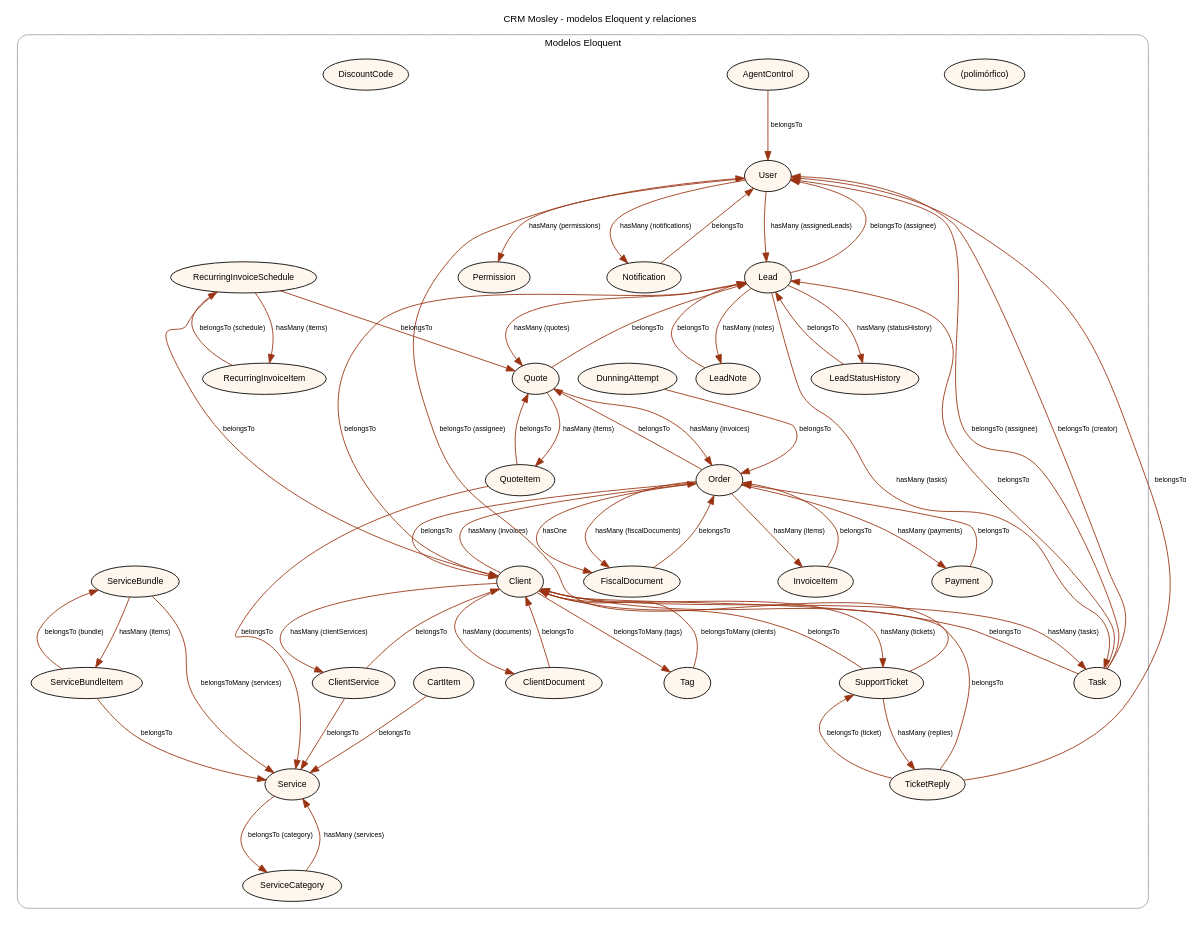
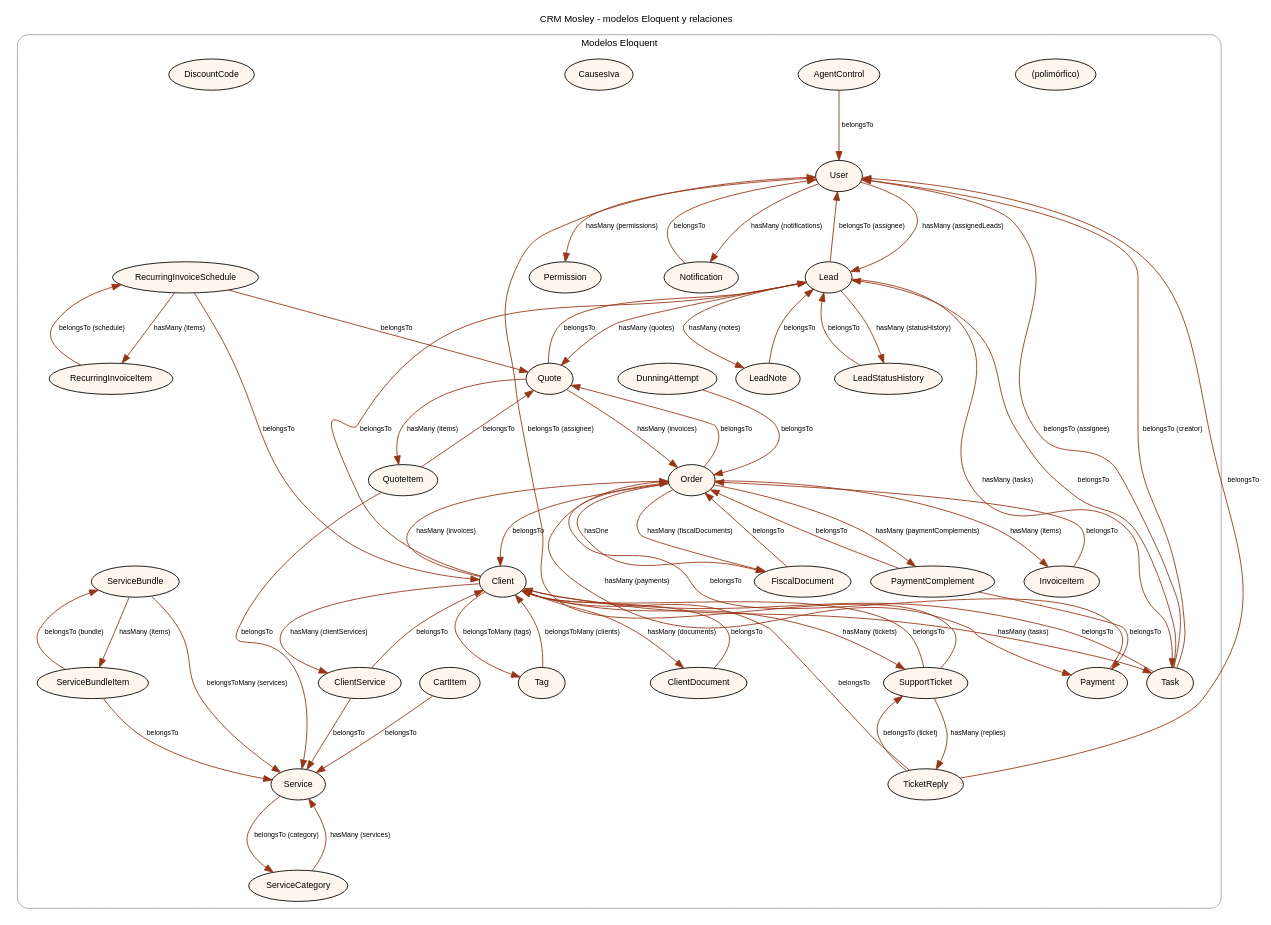
Before and after one commit to Enmamosley/crm: the diagram in docs/graph/crm-models.dot, drawn with Graphviz. The commit also changed 17 other files, not shown here.

```diff
--- a/docs/graph/crm-models.dot
+++ b/docs/graph/crm-models.dot
@@ -1,101 +1,106 @@
 // Generado por scripts/build-graph.php — no editar a mano
 digraph crm {
   rankdir=TB; splines=true; overlap=false; nodesep=0.3; ranksep=1.0;
   graph [fontname="Helvetica" fontsize=11 labelloc=t label="CRM Mosley - modelos Eloquent y relaciones"];
   node  [fontname="Helvetica" fontsize=10 style=filled];
   edge  [fontname="Helvetica" fontsize=9];
 
   subgraph cluster_0 {
     label="Modelos Eloquent"; style=rounded; color="#9ca3af";
     "model:User" [label="User" shape=ellipse fillcolor="#fff7ed"];
     "model:*polymorphic" [label="(polimórfico)" shape=ellipse fillcolor="#fff7ed"];
     "model:AgentControl" [label="AgentControl" shape=ellipse fillcolor="#fff7ed"];
     "model:CartItem" [label="CartItem" shape=ellipse fillcolor="#fff7ed"];
     "model:Service" [label="Service" shape=ellipse fillcolor="#fff7ed"];
     "model:Client" [label="Client" shape=ellipse fillcolor="#fff7ed"];
     "model:Lead" [label="Lead" shape=ellipse fillcolor="#fff7ed"];
     "model:Order" [label="Order" shape=ellipse fillcolor="#fff7ed"];
     "model:ClientService" [label="ClientService" shape=ellipse fillcolor="#fff7ed"];
     "model:ClientDocument" [label="ClientDocument" shape=ellipse fillcolor="#fff7ed"];
     "model:Tag" [label="Tag" shape=ellipse fillcolor="#fff7ed"];
     "model:SupportTicket" [label="SupportTicket" shape=ellipse fillcolor="#fff7ed"];
     "model:Task" [label="Task" shape=ellipse fillcolor="#fff7ed"];
+    "model:CausesIva" [label="CausesIva" shape=ellipse fillcolor="#fff7ed"];
     "model:DiscountCode" [label="DiscountCode" shape=ellipse fillcolor="#fff7ed"];
     "model:DunningAttempt" [label="DunningAttempt" shape=ellipse fillcolor="#fff7ed"];
     "model:FiscalDocument" [label="FiscalDocument" shape=ellipse fillcolor="#fff7ed"];
     "model:InvoiceItem" [label="InvoiceItem" shape=ellipse fillcolor="#fff7ed"];
     "model:LeadNote" [label="LeadNote" shape=ellipse fillcolor="#fff7ed"];
     "model:LeadStatusHistory" [label="LeadStatusHistory" shape=ellipse fillcolor="#fff7ed"];
     "model:Quote" [label="Quote" shape=ellipse fillcolor="#fff7ed"];
     "model:Notification" [label="Notification" shape=ellipse fillcolor="#fff7ed"];
     "model:Payment" [label="Payment" shape=ellipse fillcolor="#fff7ed"];
+    "model:PaymentComplement" [label="PaymentComplement" shape=ellipse fillcolor="#fff7ed"];
     "model:Permission" [label="Permission" shape=ellipse fillcolor="#fff7ed"];
     "model:QuoteItem" [label="QuoteItem" shape=ellipse fillcolor="#fff7ed"];
     "model:RecurringInvoiceItem" [label="RecurringInvoiceItem" shape=ellipse fillcolor="#fff7ed"];
     "model:RecurringInvoiceSchedule" [label="RecurringInvoiceSchedule" shape=ellipse fillcolor="#fff7ed"];
     "model:ServiceCategory" [label="ServiceCategory" shape=ellipse fillcolor="#fff7ed"];
     "model:ServiceBundle" [label="ServiceBundle" shape=ellipse fillcolor="#fff7ed"];
     "model:ServiceBundleItem" [label="ServiceBundleItem" shape=ellipse fillcolor="#fff7ed"];
     "model:TicketReply" [label="TicketReply" shape=ellipse fillcolor="#fff7ed"];
   }
 
   "model:AgentControl" -> "model:User" [color="#9a3412" fontsize=8 label="belongsTo"];
   "model:CartItem" -> "model:Service" [color="#9a3412" fontsize=8 label="belongsTo"];
   "model:Client" -> "model:Lead" [color="#9a3412" fontsize=8 label="belongsTo"];
   "model:Client" -> "model:Order" [color="#9a3412" fontsize=8 label="hasMany (invoices)"];
   "model:Client" -> "model:ClientService" [color="#9a3412" fontsize=8 label="hasMany (clientServices)"];
   "model:Client" -> "model:ClientDocument" [color="#9a3412" fontsize=8 label="hasMany (documents)"];
   "model:Client" -> "model:Tag" [color="#9a3412" fontsize=8 label="belongsToMany (tags)"];
   "model:Client" -> "model:SupportTicket" [color="#9a3412" fontsize=8 label="hasMany (tickets)"];
   "model:Client" -> "model:Task" [color="#9a3412" fontsize=8 label="hasMany (tasks)"];
   "model:ClientDocument" -> "model:Client" [color="#9a3412" fontsize=8 label="belongsTo"];
   "model:ClientService" -> "model:Client" [color="#9a3412" fontsize=8 label="belongsTo"];
   "model:ClientService" -> "model:Service" [color="#9a3412" fontsize=8 label="belongsTo"];
   "model:DunningAttempt" -> "model:Order" [color="#9a3412" fontsize=8 label="belongsTo"];
   "model:FiscalDocument" -> "model:Order" [color="#9a3412" fontsize=8 label="belongsTo"];
   "model:InvoiceItem" -> "model:Order" [color="#9a3412" fontsize=8 label="belongsTo"];
   "model:Lead" -> "model:User" [color="#9a3412" fontsize=8 label="belongsTo (assignee)"];
   "model:Lead" -> "model:LeadNote" [color="#9a3412" fontsize=8 label="hasMany (notes)"];
   "model:Lead" -> "model:LeadStatusHistory" [color="#9a3412" fontsize=8 label="hasMany (statusHistory)"];
   "model:Lead" -> "model:Quote" [color="#9a3412" fontsize=8 label="hasMany (quotes)"];
   "model:Lead" -> "model:Task" [color="#9a3412" fontsize=8 label="hasMany (tasks)"];
   "model:LeadNote" -> "model:Lead" [color="#9a3412" fontsize=8 label="belongsTo"];
   "model:LeadStatusHistory" -> "model:Lead" [color="#9a3412" fontsize=8 label="belongsTo"];
   "model:Notification" -> "model:User" [color="#9a3412" fontsize=8 label="belongsTo"];
   "model:Order" -> "model:Client" [color="#9a3412" fontsize=8 label="belongsTo"];
   "model:Order" -> "model:Quote" [color="#9a3412" fontsize=8 label="belongsTo"];
   "model:Order" -> "model:Payment" [color="#9a3412" fontsize=8 label="hasMany (payments)"];
   "model:Order" -> "model:InvoiceItem" [color="#9a3412" fontsize=8 label="hasMany (items)"];
   "model:Order" -> "model:FiscalDocument" [color="#9a3412" fontsize=8 label="hasOne"];
+  "model:Order" -> "model:PaymentComplement" [color="#9a3412" fontsize=8 label="hasMany (paymentComplements)"];
   "model:Order" -> "model:FiscalDocument" [color="#9a3412" fontsize=8 label="hasMany (fiscalDocuments)"];
   "model:Payment" -> "model:Order" [color="#9a3412" fontsize=8 label="belongsTo"];
+  "model:PaymentComplement" -> "model:Order" [color="#9a3412" fontsize=8 label="belongsTo"];
+  "model:PaymentComplement" -> "model:Payment" [color="#9a3412" fontsize=8 label="belongsTo"];
   "model:Quote" -> "model:Lead" [color="#9a3412" fontsize=8 label="belongsTo"];
   "model:Quote" -> "model:QuoteItem" [color="#9a3412" fontsize=8 label="hasMany (items)"];
   "model:Quote" -> "model:Order" [color="#9a3412" fontsize=8 label="hasMany (invoices)"];
   "model:QuoteItem" -> "model:Quote" [color="#9a3412" fontsize=8 label="belongsTo"];
   "model:QuoteItem" -> "model:Service" [color="#9a3412" fontsize=8 label="belongsTo"];
   "model:RecurringInvoiceItem" -> "model:RecurringInvoiceSchedule" [color="#9a3412" fontsize=8 label="belongsTo (schedule)"];
   "model:RecurringInvoiceSchedule" -> "model:Client" [color="#9a3412" fontsize=8 label="belongsTo"];
   "model:RecurringInvoiceSchedule" -> "model:Quote" [color="#9a3412" fontsize=8 label="belongsTo"];
   "model:RecurringInvoiceSchedule" -> "model:RecurringInvoiceItem" [color="#9a3412" fontsize=8 label="hasMany (items)"];
   "model:Service" -> "model:ServiceCategory" [color="#9a3412" fontsize=8 label="belongsTo (category)"];
   "model:ServiceBundle" -> "model:ServiceBundleItem" [color="#9a3412" fontsize=8 label="hasMany (items)"];
   "model:ServiceBundle" -> "model:Service" [color="#9a3412" fontsize=8 label="belongsToMany (services)"];
   "model:ServiceBundleItem" -> "model:ServiceBundle" [color="#9a3412" fontsize=8 label="belongsTo (bundle)"];
   "model:ServiceBundleItem" -> "model:Service" [color="#9a3412" fontsize=8 label="belongsTo"];
   "model:ServiceCategory" -> "model:Service" [color="#9a3412" fontsize=8 label="hasMany (services)"];
   "model:SupportTicket" -> "model:Client" [color="#9a3412" fontsize=8 label="belongsTo"];
   "model:SupportTicket" -> "model:User" [color="#9a3412" fontsize=8 label="belongsTo (assignee)"];
   "model:SupportTicket" -> "model:TicketReply" [color="#9a3412" fontsize=8 label="hasMany (replies)"];
   "model:Tag" -> "model:Client" [color="#9a3412" fontsize=8 label="belongsToMany (clients)"];
   "model:Task" -> "model:Client" [color="#9a3412" fontsize=8 label="belongsTo"];
   "model:Task" -> "model:Lead" [color="#9a3412" fontsize=8 label="belongsTo"];
   "model:Task" -> "model:User" [color="#9a3412" fontsize=8 label="belongsTo (assignee)"];
   "model:Task" -> "model:User" [color="#9a3412" fontsize=8 label="belongsTo (creator)"];
   "model:TicketReply" -> "model:SupportTicket" [color="#9a3412" fontsize=8 label="belongsTo (ticket)"];
   "model:TicketReply" -> "model:User" [color="#9a3412" fontsize=8 label="belongsTo"];
   "model:TicketReply" -> "model:Client" [color="#9a3412" fontsize=8 label="belongsTo"];
   "model:User" -> "model:Permission" [color="#9a3412" fontsize=8 label="hasMany (permissions)"];
   "model:User" -> "model:Notification" [color="#9a3412" fontsize=8 label="hasMany (notifications)"];
   "model:User" -> "model:Lead" [color="#9a3412" fontsize=8 label="hasMany (assignedLeads)"];
 }
```
